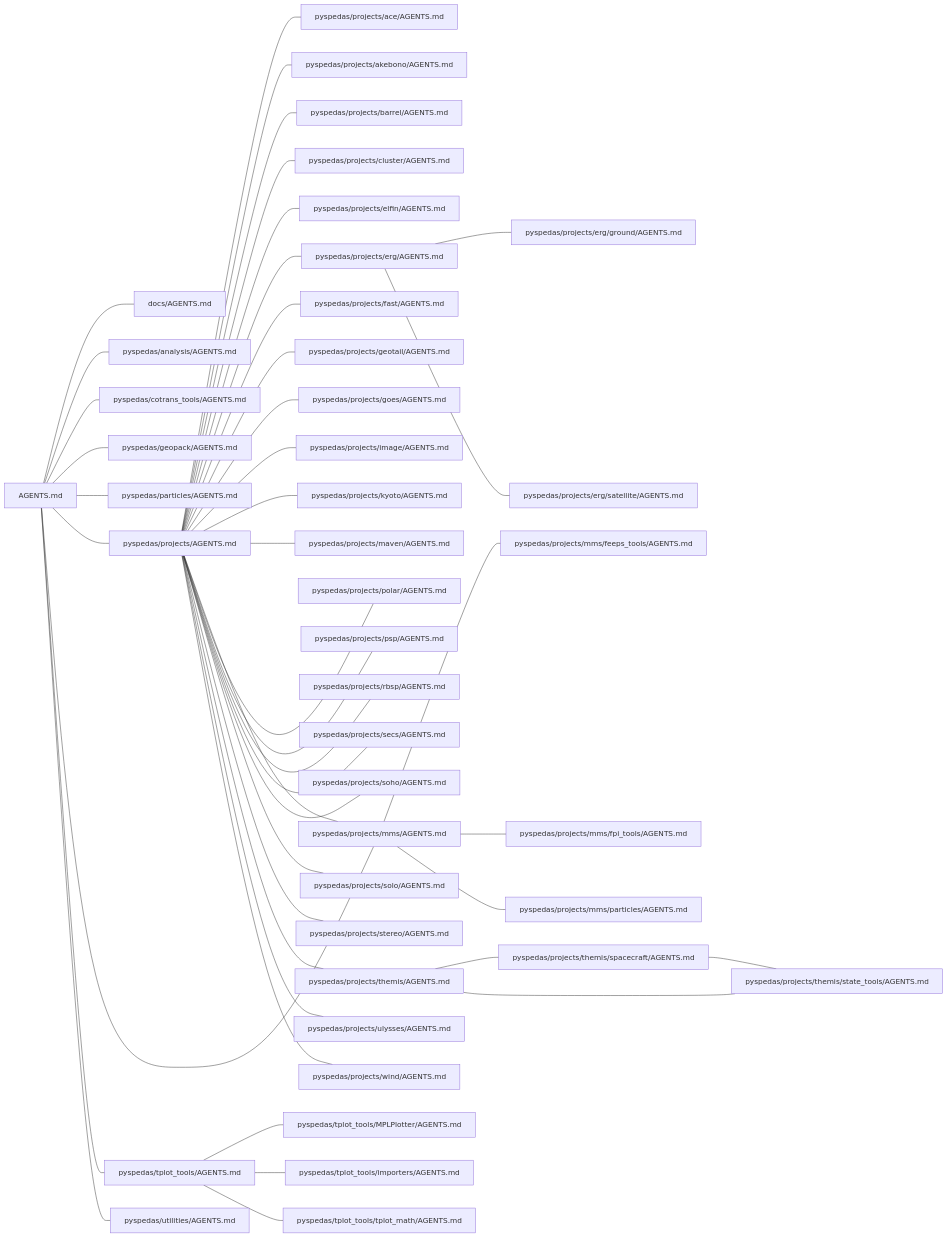
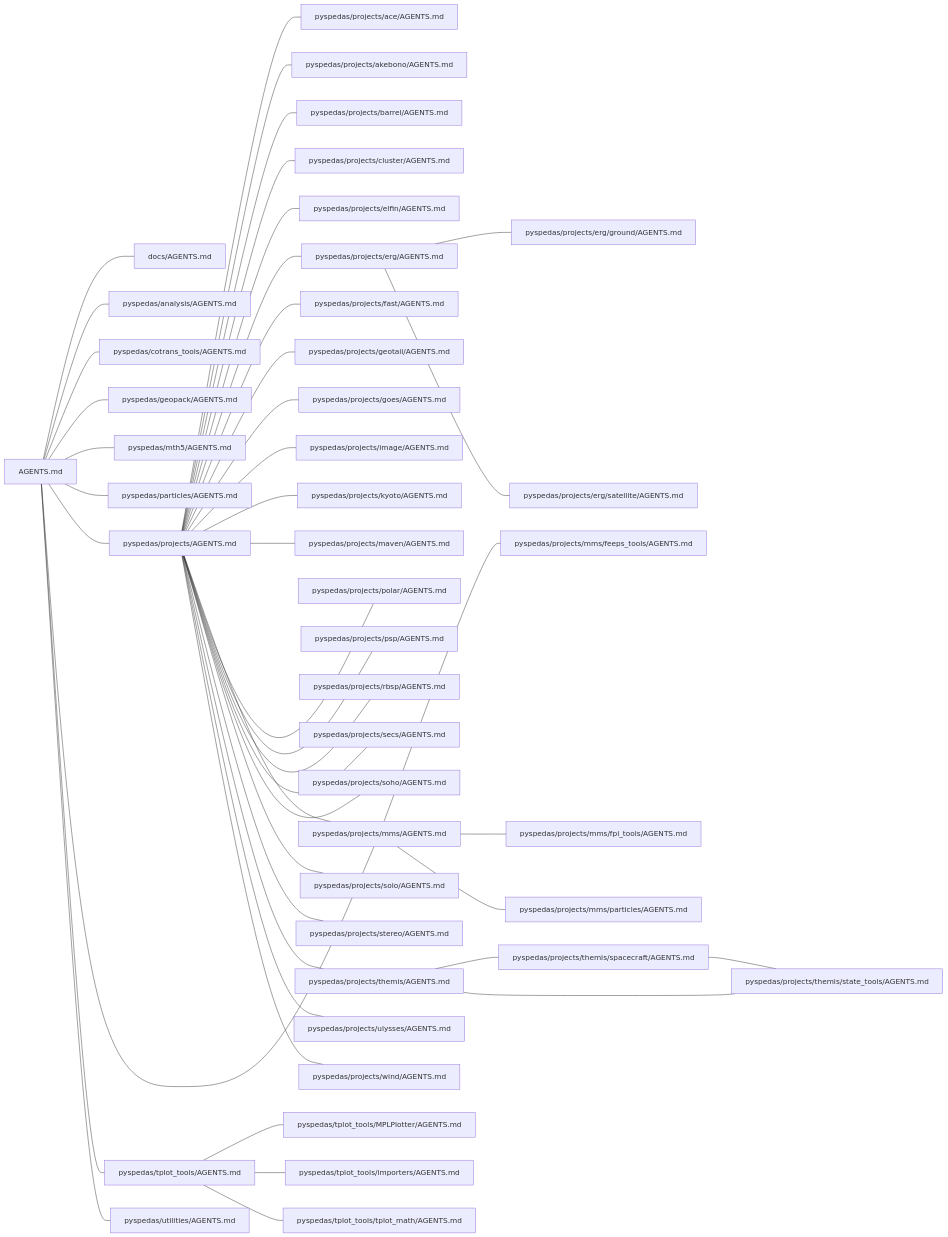
One commit to spedas/pyspedas changed the first of 44 diagrams in .agents/map/MAP.md. Above: the diagram before and after it, drawn with Mermaid. The commit also changed other lines of this file and 75 other files, not shown here.

First line of the commit message:
1544 test s3 downloads of erg and mms data from heliocloud (#1581)

````diff
--- a/.agents/map/MAP.md
+++ b/.agents/map/MAP.md
@@ -16,84 +16,86 @@
   a2["pyspedas/analysis/AGENTS.md"]
   a3["pyspedas/cotrans_tools/AGENTS.md"]
   a4["pyspedas/geopack/AGENTS.md"]
-  a5["pyspedas/particles/AGENTS.md"]
-  a6["pyspedas/projects/AGENTS.md"]
-  a7["pyspedas/projects/ace/AGENTS.md"]
-  a8["pyspedas/projects/akebono/AGENTS.md"]
-  a9["pyspedas/projects/barrel/AGENTS.md"]
-  a10["pyspedas/projects/cluster/AGENTS.md"]
-  a11["pyspedas/projects/elfin/AGENTS.md"]
-  a12["pyspedas/projects/erg/AGENTS.md"]
-  a13["pyspedas/projects/erg/ground/AGENTS.md"]
-  a14["pyspedas/projects/erg/satellite/AGENTS.md"]
-  a15["pyspedas/projects/fast/AGENTS.md"]
-  a16["pyspedas/projects/geotail/AGENTS.md"]
-  a17["pyspedas/projects/goes/AGENTS.md"]
-  a18["pyspedas/projects/image/AGENTS.md"]
-  a19["pyspedas/projects/kyoto/AGENTS.md"]
-  a20["pyspedas/projects/maven/AGENTS.md"]
-  a21["pyspedas/projects/mms/AGENTS.md"]
-  a22["pyspedas/projects/mms/feeps_tools/AGENTS.md"]
-  a23["pyspedas/projects/mms/fpi_tools/AGENTS.md"]
-  a24["pyspedas/projects/mms/particles/AGENTS.md"]
-  a25["pyspedas/projects/polar/AGENTS.md"]
-  a26["pyspedas/projects/psp/AGENTS.md"]
-  a27["pyspedas/projects/rbsp/AGENTS.md"]
-  a28["pyspedas/projects/secs/AGENTS.md"]
-  a29["pyspedas/projects/soho/AGENTS.md"]
-  a30["pyspedas/projects/solo/AGENTS.md"]
-  a31["pyspedas/projects/stereo/AGENTS.md"]
-  a32["pyspedas/projects/themis/AGENTS.md"]
-  a33["pyspedas/projects/themis/spacecraft/AGENTS.md"]
-  a34["pyspedas/projects/themis/state_tools/AGENTS.md"]
-  a35["pyspedas/projects/ulysses/AGENTS.md"]
-  a36["pyspedas/projects/wind/AGENTS.md"]
-  a37["pyspedas/tplot_tools/AGENTS.md"]
-  a38["pyspedas/tplot_tools/MPLPlotter/AGENTS.md"]
-  a39["pyspedas/tplot_tools/importers/AGENTS.md"]
-  a40["pyspedas/tplot_tools/tplot_math/AGENTS.md"]
-  a41["pyspedas/utilities/AGENTS.md"]
+  a5["pyspedas/mth5/AGENTS.md"]
+  a6["pyspedas/particles/AGENTS.md"]
+  a7["pyspedas/projects/AGENTS.md"]
+  a8["pyspedas/projects/ace/AGENTS.md"]
+  a9["pyspedas/projects/akebono/AGENTS.md"]
+  a10["pyspedas/projects/barrel/AGENTS.md"]
+  a11["pyspedas/projects/cluster/AGENTS.md"]
+  a12["pyspedas/projects/elfin/AGENTS.md"]
+  a13["pyspedas/projects/erg/AGENTS.md"]
+  a14["pyspedas/projects/erg/ground/AGENTS.md"]
+  a15["pyspedas/projects/erg/satellite/AGENTS.md"]
+  a16["pyspedas/projects/fast/AGENTS.md"]
+  a17["pyspedas/projects/geotail/AGENTS.md"]
+  a18["pyspedas/projects/goes/AGENTS.md"]
+  a19["pyspedas/projects/image/AGENTS.md"]
+  a20["pyspedas/projects/kyoto/AGENTS.md"]
+  a21["pyspedas/projects/maven/AGENTS.md"]
+  a22["pyspedas/projects/mms/AGENTS.md"]
+  a23["pyspedas/projects/mms/feeps_tools/AGENTS.md"]
+  a24["pyspedas/projects/mms/fpi_tools/AGENTS.md"]
+  a25["pyspedas/projects/mms/particles/AGENTS.md"]
+  a26["pyspedas/projects/polar/AGENTS.md"]
+  a27["pyspedas/projects/psp/AGENTS.md"]
+  a28["pyspedas/projects/rbsp/AGENTS.md"]
+  a29["pyspedas/projects/secs/AGENTS.md"]
+  a30["pyspedas/projects/soho/AGENTS.md"]
+  a31["pyspedas/projects/solo/AGENTS.md"]
+  a32["pyspedas/projects/stereo/AGENTS.md"]
+  a33["pyspedas/projects/themis/AGENTS.md"]
+  a34["pyspedas/projects/themis/spacecraft/AGENTS.md"]
+  a35["pyspedas/projects/themis/state_tools/AGENTS.md"]
+  a36["pyspedas/projects/ulysses/AGENTS.md"]
+  a37["pyspedas/projects/wind/AGENTS.md"]
+  a38["pyspedas/tplot_tools/AGENTS.md"]
+  a39["pyspedas/tplot_tools/MPLPlotter/AGENTS.md"]
+  a40["pyspedas/tplot_tools/importers/AGENTS.md"]
+  a41["pyspedas/tplot_tools/tplot_math/AGENTS.md"]
+  a42["pyspedas/utilities/AGENTS.md"]
   a0 --- a1
   a0 --- a2
   a0 --- a3
   a0 --- a4
   a0 --- a5
   a0 --- a6
-  a0 --- a21
-  a0 --- a37
-  a0 --- a41
-  a6 --- a7
-  a6 --- a8
-  a6 --- a9
-  a6 --- a10
-  a6 --- a11
-  a6 --- a12
-  a6 --- a15
-  a6 --- a16
-  a6 --- a17
-  a6 --- a18
-  a6 --- a19
-  a6 --- a20
-  a6 --- a21
-  a6 --- a25
-  a6 --- a26
-  a6 --- a27
-  a6 --- a28
-  a6 --- a29
-  a6 --- a30
-  a6 --- a31
-  a6 --- a32
-  a6 --- a35
-  a6 --- a36
-  a12 --- a13
-  a12 --- a14
-  a21 --- a22
-  a21 --- a23
-  a21 --- a24
-  a32 --- a33
-  a32 --- a34
+  a0 --- a7
+  a0 --- a22
+  a0 --- a38
+  a0 --- a42
+  a7 --- a8
+  a7 --- a9
+  a7 --- a10
+  a7 --- a11
+  a7 --- a12
+  a7 --- a13
+  a7 --- a16
+  a7 --- a17
+  a7 --- a18
+  a7 --- a19
+  a7 --- a20
+  a7 --- a21
+  a7 --- a22
+  a7 --- a26
+  a7 --- a27
+  a7 --- a28
+  a7 --- a29
+  a7 --- a30
+  a7 --- a31
+  a7 --- a32
+  a7 --- a33
+  a7 --- a36
+  a7 --- a37
+  a13 --- a14
+  a13 --- a15
+  a22 --- a23
+  a22 --- a24
+  a22 --- a25
   a33 --- a34
-  a37 --- a38
-  a37 --- a39
-  a37 --- a40
+  a33 --- a35
+  a34 --- a35
+  a38 --- a39
+  a38 --- a40
+  a38 --- a41
 ```
````
